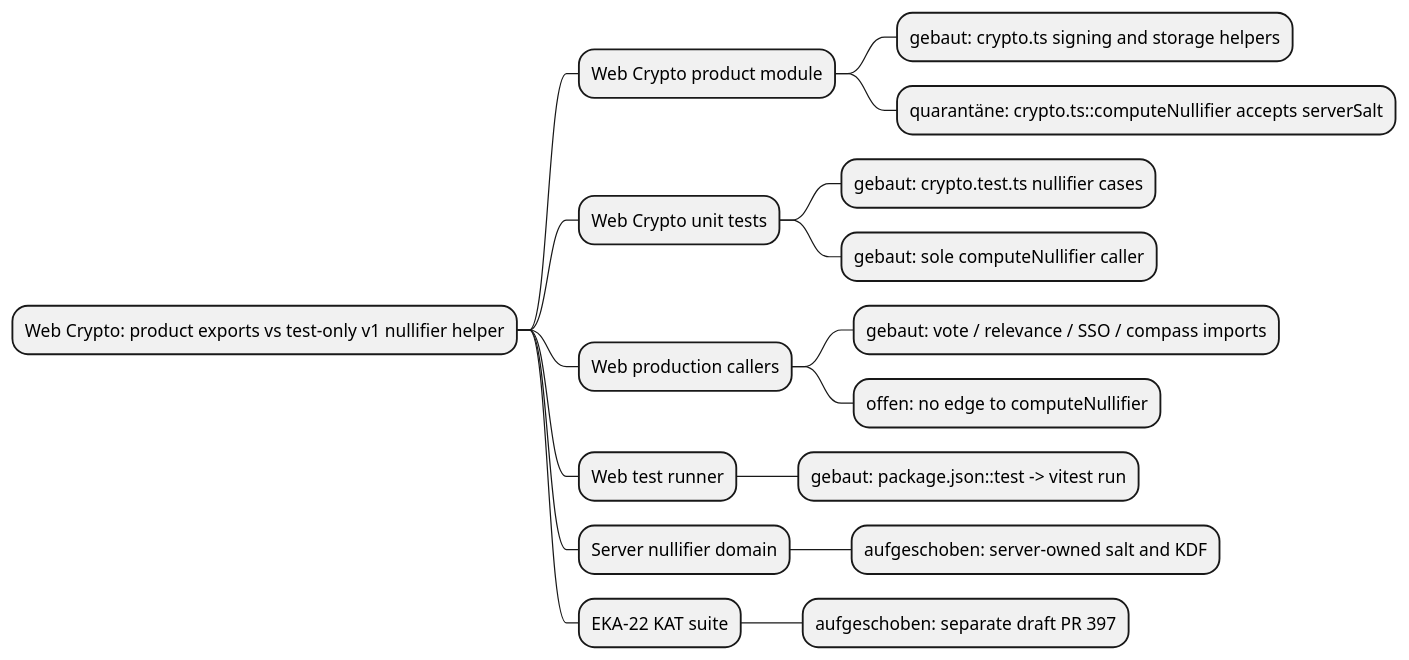
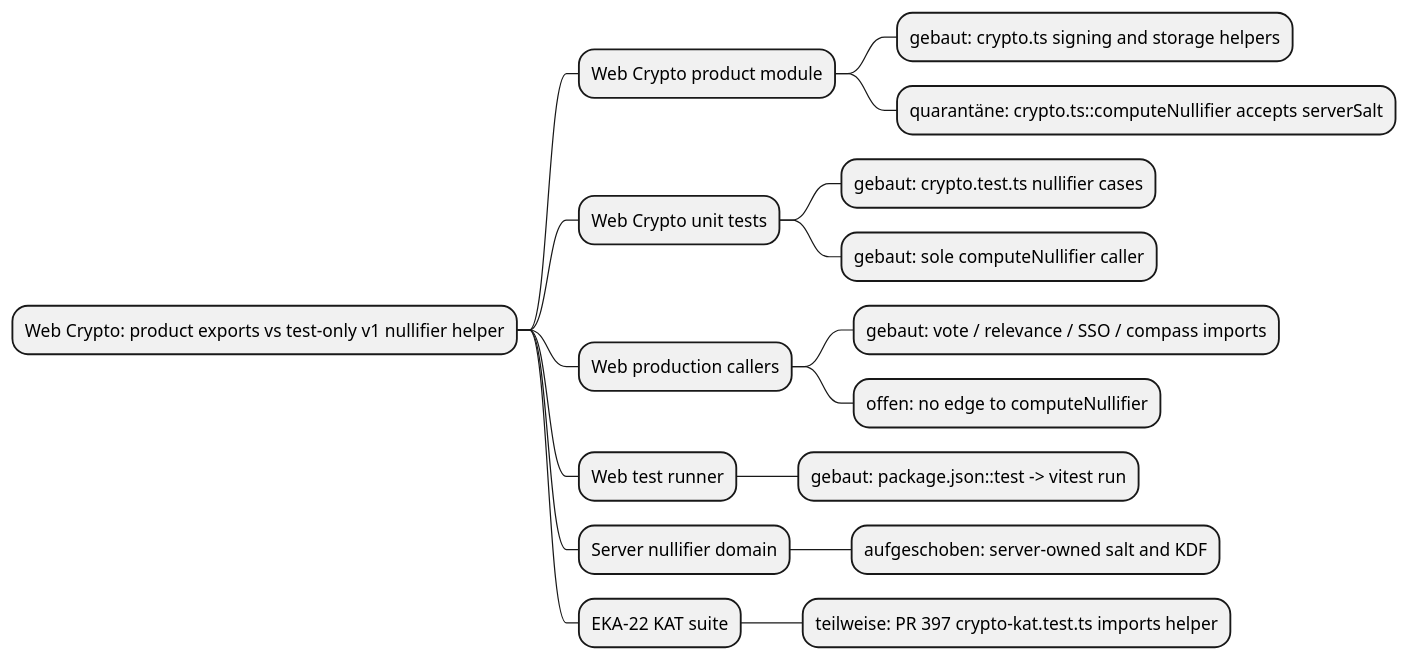
Before and after one commit to NeaBouli/pnyx: the third of 4 diagrams in docs/architecture/map.puml, drawn with PlantUML. The commit also changed other lines of this file and 6 other files, not shown here.

Commit message:
docs(architecture): record EKA-24 dependency on PR 397

```diff
--- a/docs/architecture/map.puml
+++ b/docs/architecture/map.puml
@@ -53,19 +53,19 @@
 @startmindmap
 ' EKA-24 — Test-only Legacy Nullifier Helper Boundary (base 4cc11930)
 * Web Crypto: product exports vs test-only v1 nullifier helper
 ** Web Crypto product module
 *** gebaut: crypto.ts signing and storage helpers
 *** quarantäne: crypto.ts::computeNullifier accepts serverSalt
 ** Web Crypto unit tests
 *** gebaut: crypto.test.ts nullifier cases
 *** gebaut: sole computeNullifier caller
 ** Web production callers
 *** gebaut: vote / relevance / SSO / compass imports
 *** offen: no edge to computeNullifier
 ** Web test runner
 *** gebaut: package.json::test -> vitest run
 ** Server nullifier domain
 *** aufgeschoben: server-owned salt and KDF
 ** EKA-22 KAT suite
-*** aufgeschoben: separate draft PR 397
+*** teilweise: PR 397 crypto-kat.test.ts imports helper
 @endmindmap
```
